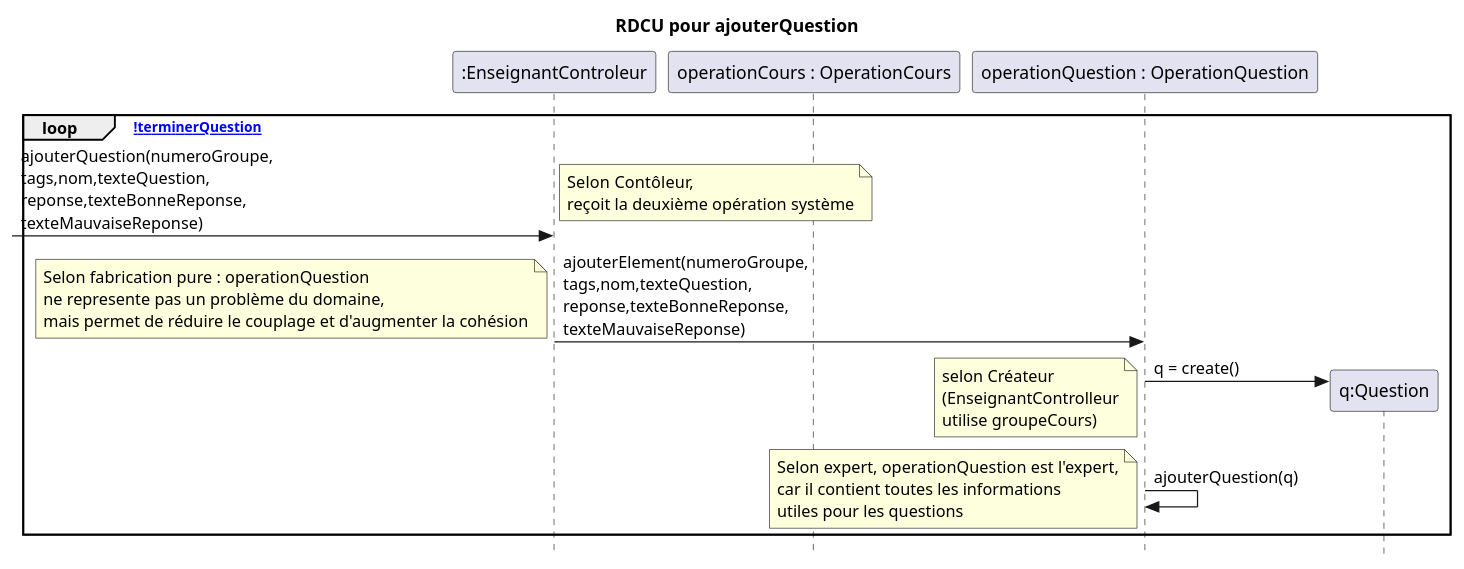
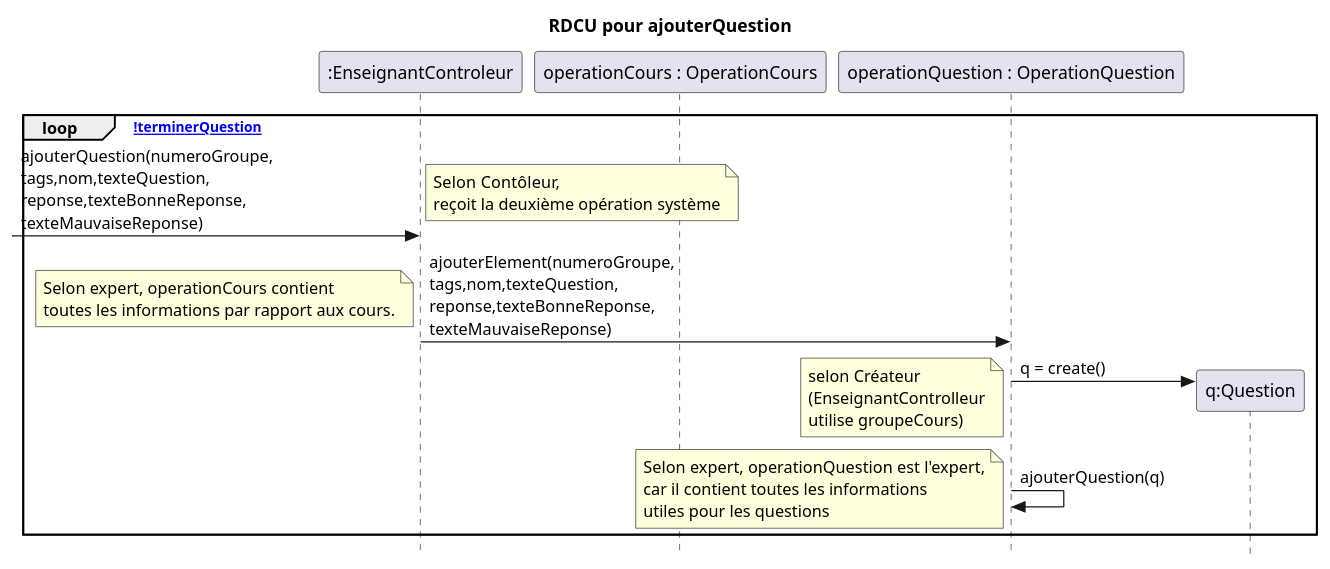
Before and after one commit to nerdz88/SGA-TS: the third of 4 diagrams in docs/Ajouter question/RDCU_Ajouter_Question.puml, drawn with PlantUML. The commit also changed 24 other files, not shown here.

```diff
--- a/docs/Ajouter question/RDCU_Ajouter_Question.puml
+++ b/docs/Ajouter question/RDCU_Ajouter_Question.puml
@@ -45,20 +45,20 @@
 @startuml ajouterQuestionFinal
 skinparam style strictuml
 skinparam defaultfontname Verdana
 title RDCU pour ajouterQuestion
 participant ":EnseignantControleur" as sga
 participant "operationCours : OperationCours" as opCours
 participant "operationQuestion : OperationQuestion" as opQuestion
 participant "q:Question" as question
 loop [!terminerQuestion]
 -> sga : ajouterQuestion(numeroGroupe,\ntags,nom,texteQuestion,\nreponse,texteBonneReponse,\ntexteMauvaiseReponse)
  note left : Selon Contôleur,\nreçoit la deuxième opération système 
   sga->opQuestion : ajouterElement(numeroGroupe,\ntags,nom,texteQuestion,\nreponse,texteBonneReponse,\ntexteMauvaiseReponse)
-  note left : Selon fabrication pure : operationQuestion\nne represente pas un problème du domaine,\nmais permet de réduire le couplage et d'augmenter la cohésion
+  note left :Selon expert, operationCours contient\ntoutes les informations par rapport aux cours.
   create question
   opQuestion->question : q = create()
   note left : selon Créateur\n(EnseignantControlleur\nutilise groupeCours)
   opQuestion->opQuestion : ajouterQuestion(q)
   note left : Selon expert, operationQuestion est l'expert,\ncar il contient toutes les informations\nutiles pour les questions
 end
 @enduml
```
